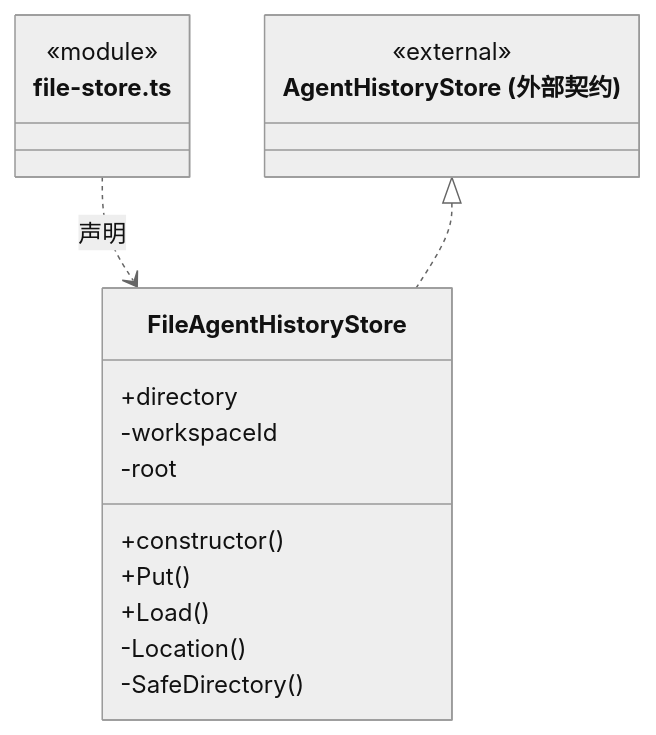
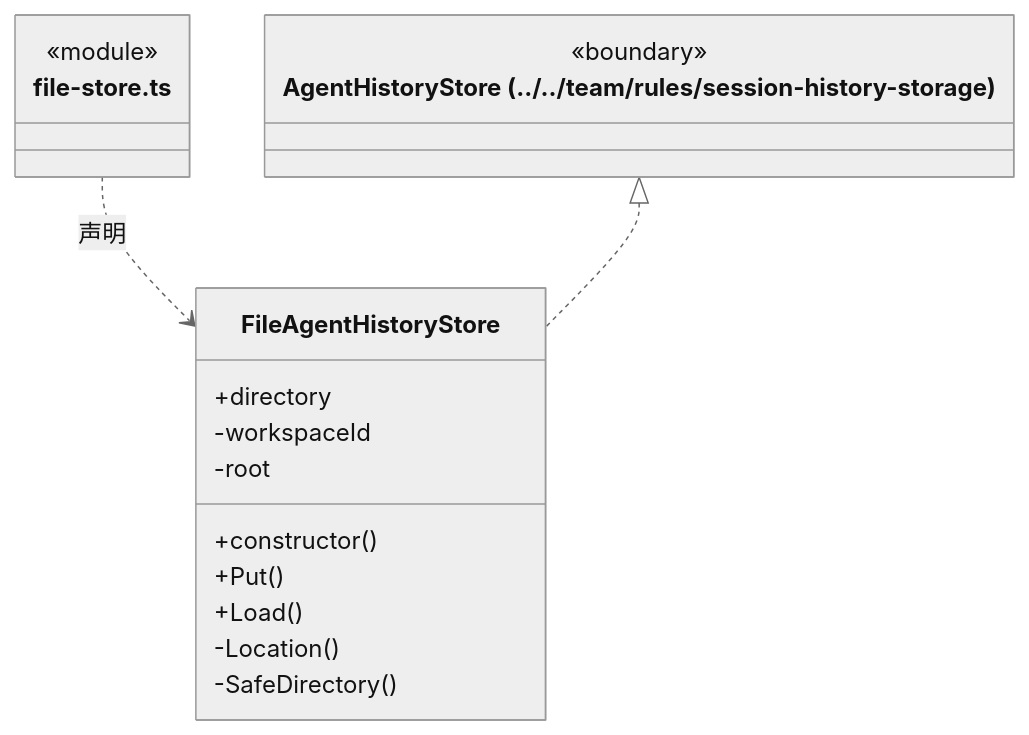
The third of 4 diagrams in src/logic/history/service/ARCHITECTURE.md (nan023062/cbim), drawn with Mermaid (neutral theme) before and after one commit. The commit also changed other lines of this file and 112 other files, not shown here.

Commit message:
docs: align source architecture with current declarations and contracts

````diff
--- a/src/logic/history/service/ARCHITECTURE.md
+++ b/src/logic/history/service/ARCHITECTURE.md
@@ -84,21 +84,21 @@
 ```mermaid
 classDiagram
 class N_src_logic_history_service_file_store_ts["file-store.ts"] {
   <<module>>
 }
 class N_src_logic_history_service_file_store_ts_FileAgentHistoryStore["FileAgentHistoryStore"] {
   +directory
   +constructor()
   +Put()
   +Load()
   -workspaceId
   -root
   -Location()
   -SafeDirectory()
 }
 N_src_logic_history_service_file_store_ts ..> N_src_logic_history_service_file_store_ts_FileAgentHistoryStore : 声明
-class N_src_logic_history_service_file_store_ts_external_AgentHistoryStore["AgentHistoryStore (外部契约)"] {
-  <<external>>
+class N_src_logic_history_service_file_store_ts_external_AgentHistoryStore["AgentHistoryStore (../../team/rules/session-history-storage)"] {
+  <<boundary>>
 }
 N_src_logic_history_service_file_store_ts_external_AgentHistoryStore <|.. N_src_logic_history_service_file_store_ts_FileAgentHistoryStore
 ```
````
